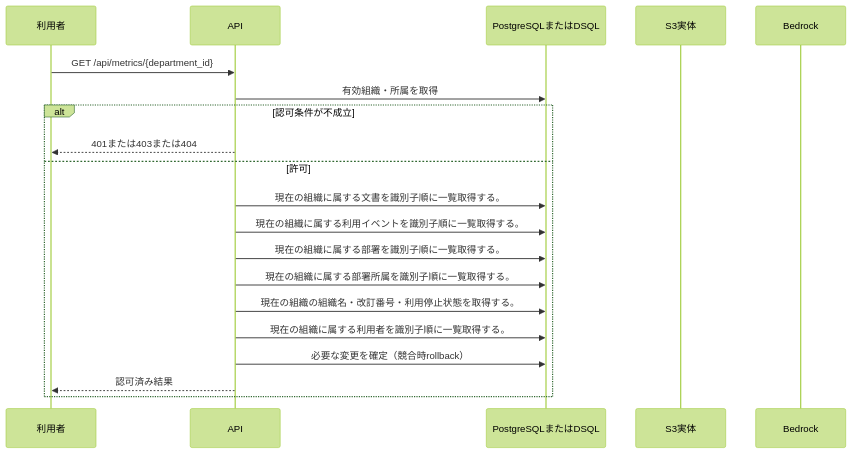
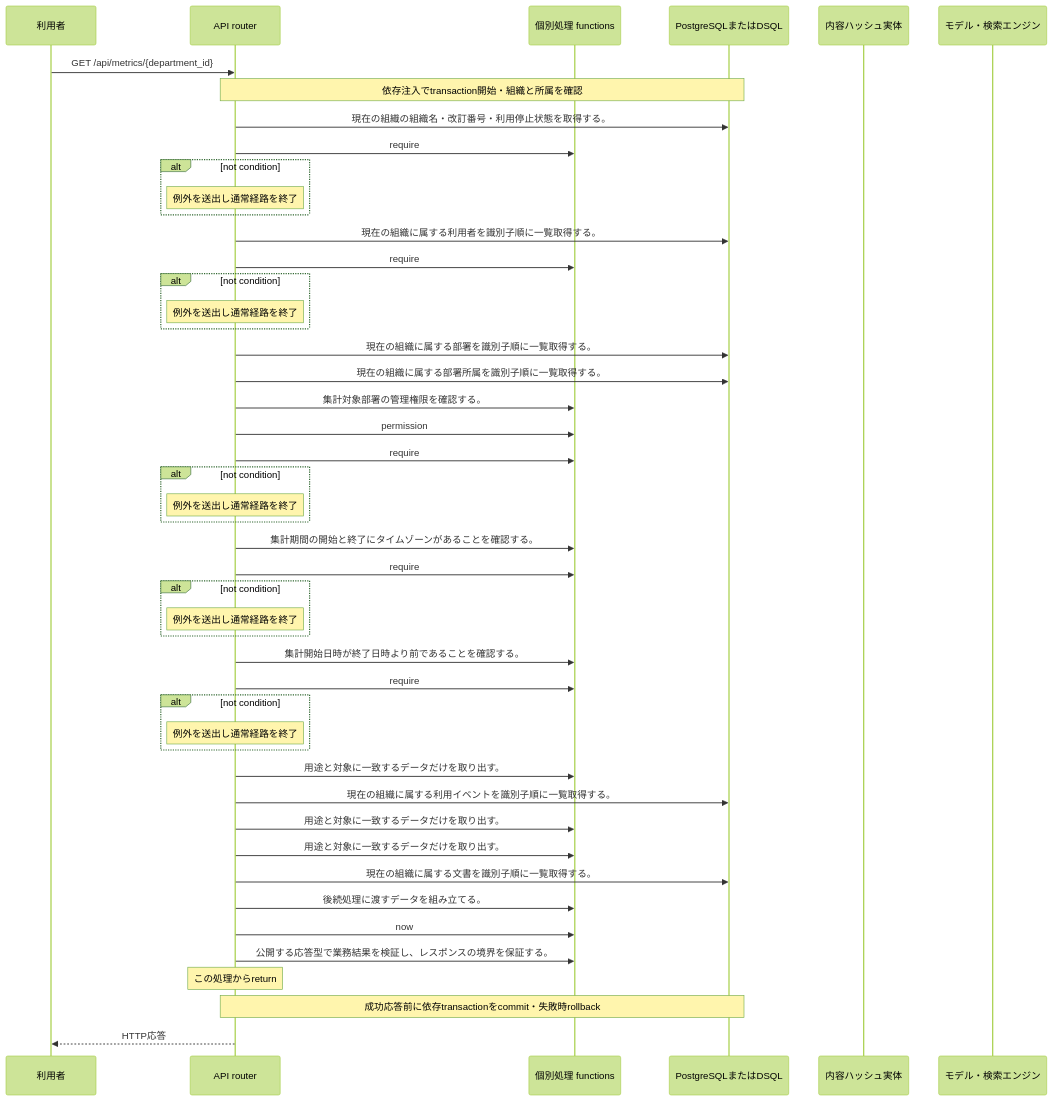
One commit to tsuji-tomonori/KotoRelay changed the diagram in docs/design/generated/api/metrics/department_metrics/sequence.md. Above: the diagram before and after it, drawn with Mermaid (forest theme). The commit also changed other lines of this file and 424 other files, not shown here.

````diff
--- a/docs/design/generated/api/metrics/department_metrics/sequence.md
+++ b/docs/design/generated/api/metrics/department_metrics/sequence.md
@@ -7,22 +7,50 @@
 ```mermaid
 sequenceDiagram
     participant U as 利用者
-    participant A as API
+    participant A as API router
+    participant F as 個別処理 functions
     participant D as PostgreSQLまたはDSQL
-    participant S as S3実体
-    participant M as Bedrock
+    participant S as 内容ハッシュ実体
+    participant M as モデル・検索エンジン
     U->>A: GET /api/metrics/{department_id}
-    A->>D: 有効組織・所属を取得
-    alt 認可条件が不成立
-        A-->>U: 401または403または404
-    else 許可
-        A->>D: 現在の組織に属する文書を識別子順に一覧取得する。
-        A->>D: 現在の組織に属する利用イベントを識別子順に一覧取得する。
-        A->>D: 現在の組織に属する部署を識別子順に一覧取得する。
-        A->>D: 現在の組織に属する部署所属を識別子順に一覧取得する。
-        A->>D: 現在の組織の組織名・改訂番号・利用停止状態を取得する。
-        A->>D: 現在の組織に属する利用者を識別子順に一覧取得する。
-        A->>D: 必要な変更を確定（競合時rollback）
-        A-->>U: 認可済み結果
+    Note over A,D: 依存注入でtransaction開始・組織と所属を確認
+    A->>D: 現在の組織の組織名・改訂番号・利用停止状態を取得する。
+    A->>F: require
+    alt not condition
+    Note over A: 例外を送出し通常経路を終了
     end
+    A->>D: 現在の組織に属する利用者を識別子順に一覧取得する。
+    A->>F: require
+    alt not condition
+    Note over A: 例外を送出し通常経路を終了
+    end
+    A->>D: 現在の組織に属する部署を識別子順に一覧取得する。
+    A->>D: 現在の組織に属する部署所属を識別子順に一覧取得する。
+    A->>F: 集計対象部署の管理権限を確認する。
+    A->>F: permission
+    A->>F: require
+    alt not condition
+    Note over A: 例外を送出し通常経路を終了
+    end
+    A->>F: 集計期間の開始と終了にタイムゾーンがあることを確認する。
+    A->>F: require
+    alt not condition
+    Note over A: 例外を送出し通常経路を終了
+    end
+    A->>F: 集計開始日時が終了日時より前であることを確認する。
+    A->>F: require
+    alt not condition
+    Note over A: 例外を送出し通常経路を終了
+    end
+    A->>F: 用途と対象に一致するデータだけを取り出す。
+    A->>D: 現在の組織に属する利用イベントを識別子順に一覧取得する。
+    A->>F: 用途と対象に一致するデータだけを取り出す。
+    A->>F: 用途と対象に一致するデータだけを取り出す。
+    A->>D: 現在の組織に属する文書を識別子順に一覧取得する。
+    A->>F: 後続処理に渡すデータを組み立てる。
+    A->>F: now
+    A->>F: 公開する応答型で業務結果を検証し、レスポンスの境界を保証する。
+    Note over A: この処理からreturn
+    Note over A,D: 成功応答前に依存transactionをcommit・失敗時rollback
+    A-->>U: HTTP応答
 ```
````
